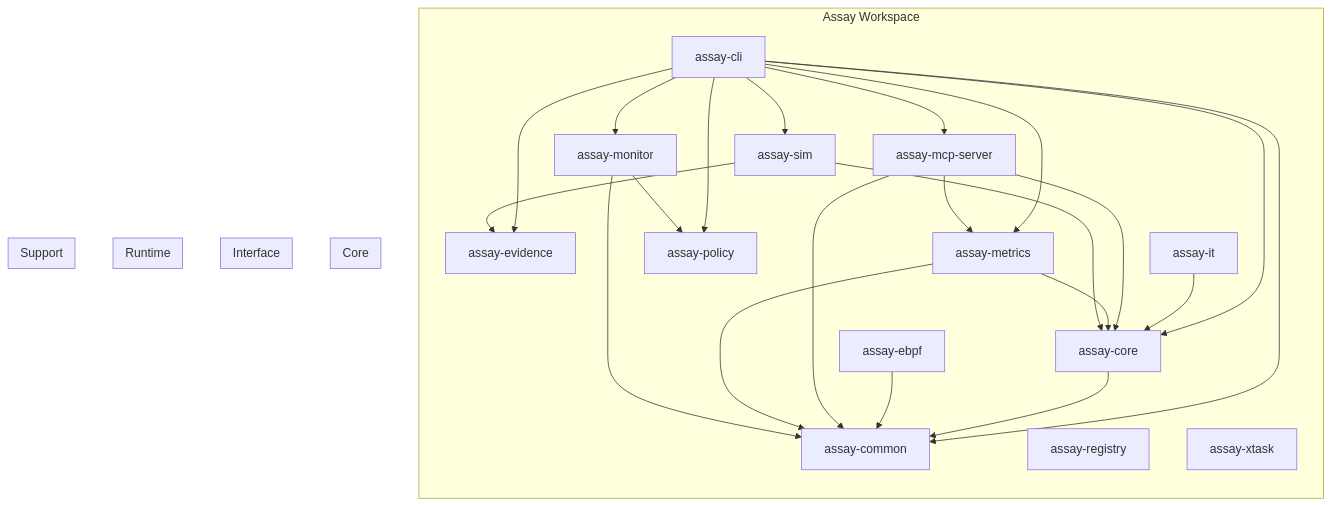
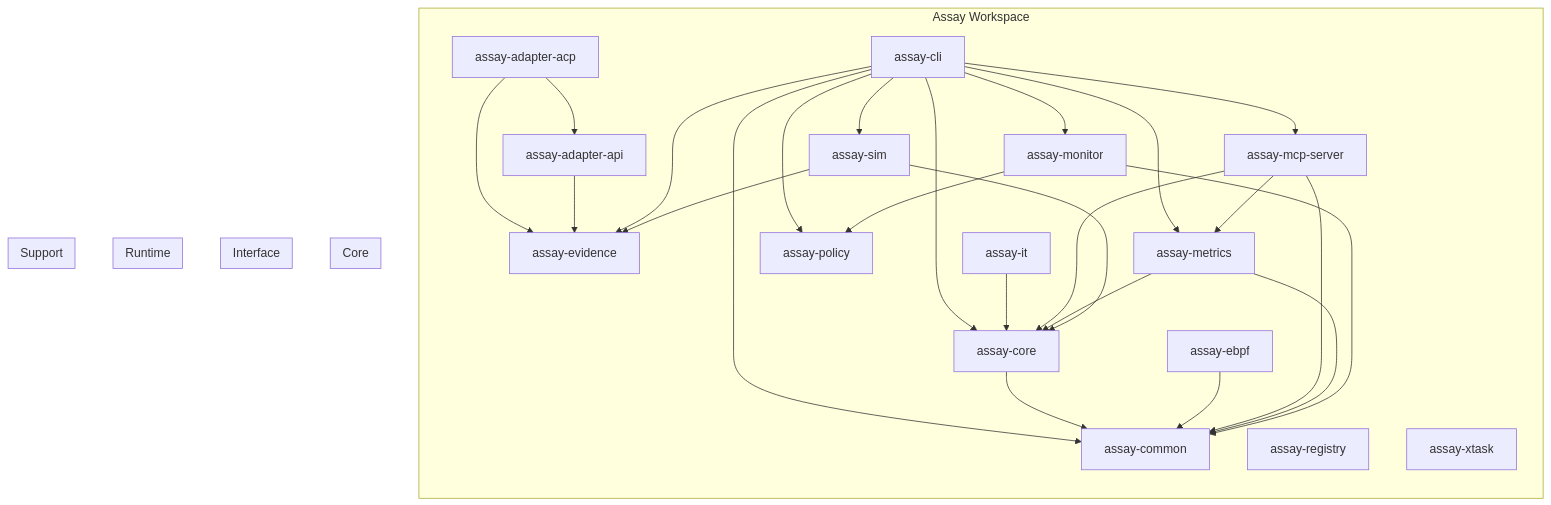
The diagram in docs/generated/crate-deps.mermaid (Rul1an/assay), drawn with Mermaid before and after one commit. The commit also changed 2 other files, not shown here.

Commit message:
docs: auto-update diagrams and crate info

```diff
--- a/docs/generated/crate-deps.mermaid
+++ b/docs/generated/crate-deps.mermaid
@@ -1,63 +1,68 @@
 flowchart TB
     subgraph workspace["Assay Workspace"]
         direction TB
+        assay_adapter_acp["assay-adapter-acp"]
+        assay_adapter_api["assay-adapter-api"]
         assay_cli["assay-cli"]
         assay_common["assay-common"]
         assay_core["assay-core"]
         assay_ebpf["assay-ebpf"]
         assay_evidence["assay-evidence"]
         assay_it["assay-it"]
         assay_mcp_server["assay-mcp-server"]
         assay_metrics["assay-metrics"]
         assay_monitor["assay-monitor"]
         assay_policy["assay-policy"]
         assay_registry["assay-registry"]
         assay_sim["assay-sim"]
         assay_xtask["assay-xtask"]
     end
 
+    assay_adapter_acp --> assay_adapter_api
+    assay_adapter_acp --> assay_evidence
+    assay_adapter_api --> assay_evidence
     assay_cli --> assay_common
     assay_cli --> assay_core
     assay_cli --> assay_evidence
     assay_cli --> assay_mcp_server
     assay_cli --> assay_metrics
     assay_cli --> assay_monitor
     assay_cli --> assay_policy
     assay_cli --> assay_sim
     assay_core --> assay_common
     assay_ebpf --> assay_common
     assay_it --> assay_core
     assay_mcp_server --> assay_common
     assay_mcp_server --> assay_core
     assay_mcp_server --> assay_metrics
     assay_metrics --> assay_common
     assay_metrics --> assay_core
     assay_monitor --> assay_common
     assay_monitor --> assay_policy
     assay_sim --> assay_core
     assay_sim --> assay_evidence
 
     %% Logical groupings for readability
     subgraph core["Core"]
         assay_core
         assay_metrics
         assay_policy
         assay_evidence
         assay_common
     end
 
     subgraph interface["Interface"]
         assay_cli
         assay_mcp_server
     end
 
     subgraph runtime["Runtime"]
         assay_monitor
         assay_ebpf
     end
 
     subgraph support["Support"]
         assay_sim
         assay_xtask
         assay_registry
     end
```
